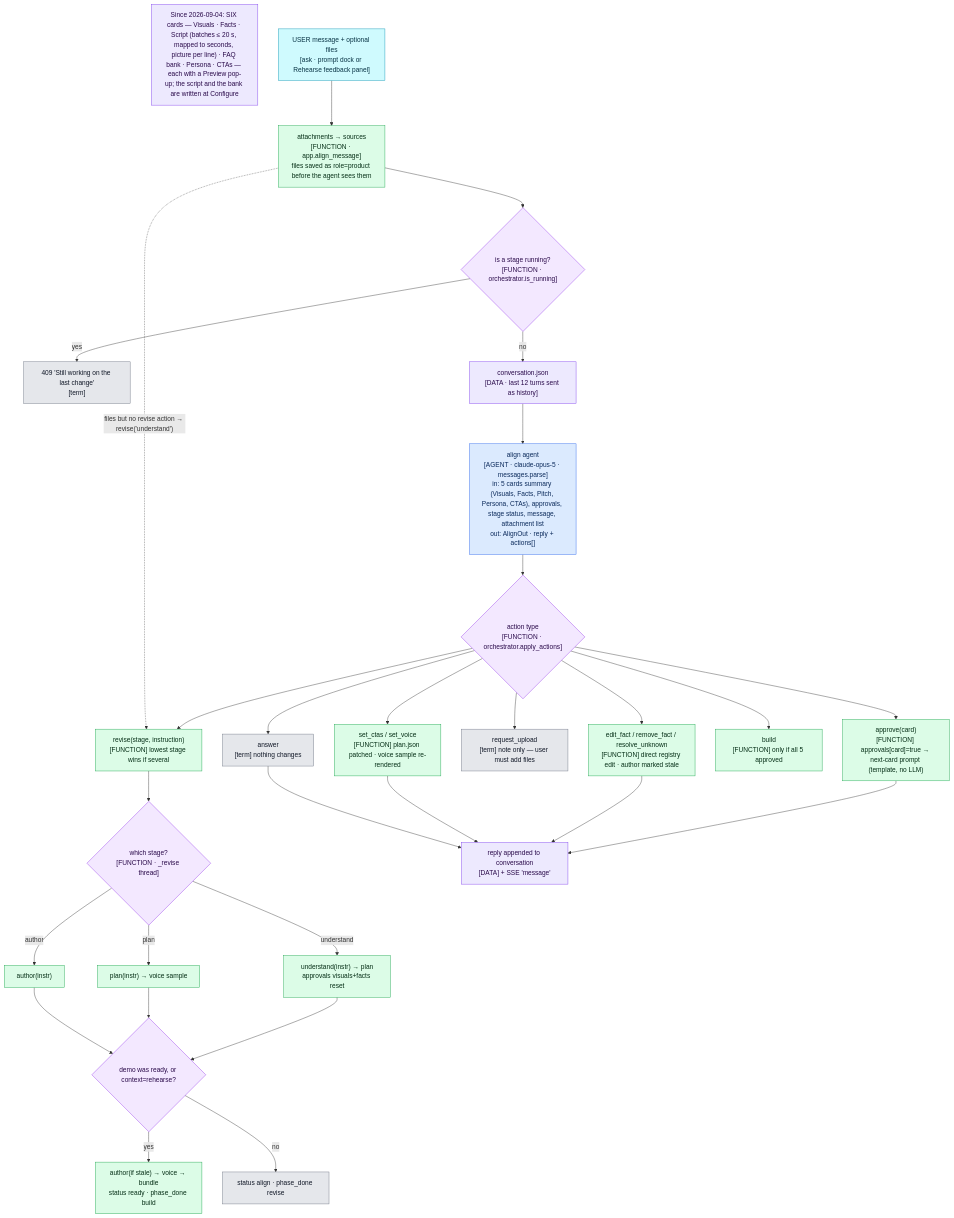
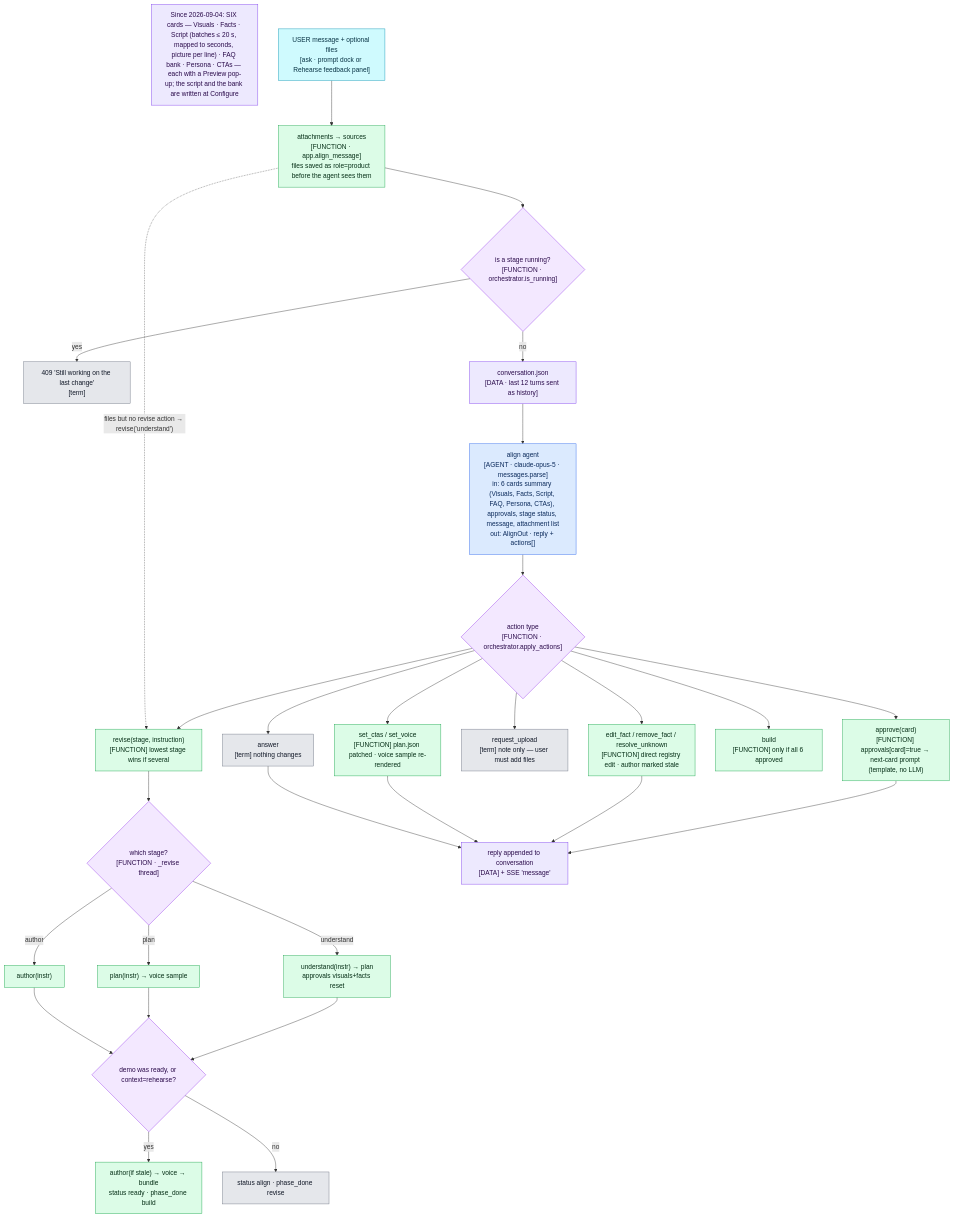
The diagram in docs/mermaid/03-align.mmd (APareek89/demo-studio), drawn with Mermaid before and after one commit. The commit also changed 28 other files, not shown here.

```diff
--- a/docs/mermaid/03-align.mmd
+++ b/docs/mermaid/03-align.mmd
@@ -1,53 +1,53 @@
 %% 03 · Align loop — one prompt dock, one agent, structured actions
 flowchart TD
   N6["Since 2026-09-04: SIX cards — Visuals · Facts · Script (batches ≤ 20 s, mapped to seconds, picture per line) · FAQ bank · Persona · CTAs — each with a Preview pop-up; the script and the bank are written at Configure"]:::data
   MSG["USER message + optional files<br/>[ask · prompt dock or Rehearse feedback panel]"]:::ask
   ATT["attachments → sources<br/>[FUNCTION · app.align_message]<br/>files saved as role=product before the agent sees them"]:::fn
   BUSY{"is a stage running?<br/>[FUNCTION · orchestrator.is_running]"}:::dec
   WAIT["409 'Still working on the last change'<br/>[term]"]:::term
   HIST["conversation.json<br/>[DATA · last 12 turns sent as history]"]:::data
-  AGENT["align agent<br/>[AGENT · claude-opus-5 · messages.parse]<br/>in: 5 cards summary (Visuals, Facts, Pitch, Persona, CTAs), approvals, stage status, message, attachment list<br/>out: AlignOut · reply + actions[]"]:::agent
+  AGENT["align agent<br/>[AGENT · claude-opus-5 · messages.parse]<br/>in: 6 cards summary (Visuals, Facts, Script, FAQ, Persona, CTAs), approvals, stage status, message, attachment list<br/>out: AlignOut · reply + actions[]"]:::agent
   APPLY{"action type<br/>[FUNCTION · orchestrator.apply_actions]"}:::dec
   A1["approve(card)<br/>[FUNCTION] approvals[card]=true → next-card prompt (template, no LLM)"]:::fn
   A2["edit_fact / remove_fact / resolve_unknown<br/>[FUNCTION] direct registry edit · author marked stale"]:::fn
   A3["set_ctas / set_voice<br/>[FUNCTION] plan.json patched · voice sample re-rendered"]:::fn
   A4["request_upload<br/>[term] note only — user must add files"]:::term
   A5["revise(stage, instruction)<br/>[FUNCTION] lowest stage wins if several"]:::fn
-  A6["build<br/>[FUNCTION] only if all 5 approved"]:::fn
+  A6["build<br/>[FUNCTION] only if all 6 approved"]:::fn
   A7["answer<br/>[term] nothing changes"]:::term
   REV{"which stage?<br/>[FUNCTION · _revise thread]"}:::dec
   R1["understand(instr) → plan<br/>approvals visuals+facts reset"]:::fn
   R2["plan(instr) → voice sample"]:::fn
   R3["author(instr)"]:::fn
   RB{"demo was ready, or context=rehearse?"}:::dec
   RBUILD["author(if stale) → voice → bundle<br/>status ready · phase_done build"]:::fn
   RALIGN["status align · phase_done revise"]:::term
   REPLY["reply appended to conversation<br/>[DATA] + SSE 'message'"]:::data
 
   MSG --> ATT --> BUSY
   BUSY -- "yes" --> WAIT
   BUSY -- "no" --> HIST --> AGENT --> APPLY
   APPLY --> A1
   APPLY --> A2
   APPLY --> A3
   APPLY --> A4
   APPLY --> A5 --> REV
   APPLY --> A6
   APPLY --> A7
   REV -- "understand" --> R1 --> RB
   REV -- "plan" --> R2 --> RB
   REV -- "author" --> R3 --> RB
   RB -- "yes" --> RBUILD
   RB -- "no" --> RALIGN
   A1 --> REPLY
   A2 --> REPLY
   A3 --> REPLY
   A7 --> REPLY
   ATT -.->|"files but no revise action → revise('understand')"| A5
 
   classDef agent fill:#dbeafe,stroke:#2563eb,color:#0b2a5b;
   classDef fn fill:#dcfce7,stroke:#16a34a,color:#052e16;
   classDef dec fill:#f3e8ff,stroke:#9333ea,color:#2a0a4a;
   classDef term fill:#e5e7eb,stroke:#6b7280,color:#111827;
   classDef ask fill:#cffafe,stroke:#0891b2,color:#083344;
   classDef data fill:#ede9fe,stroke:#7c3aed,color:#2a0a4a;
```
